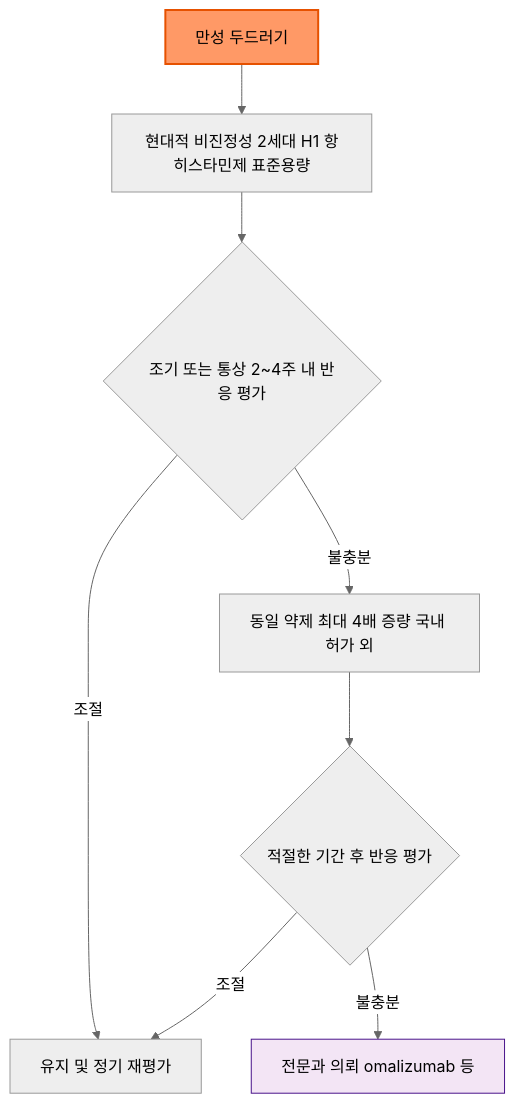
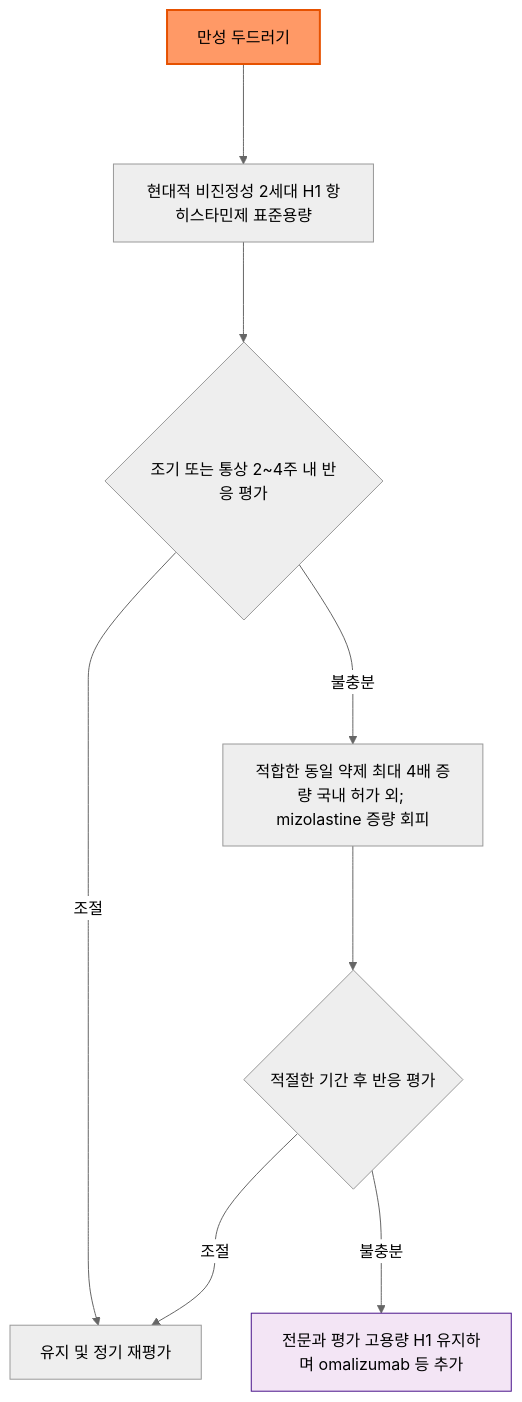
The second of 2 diagrams in 231_/212_-antihistamines.md (familyoh77/familyoh77), drawn with Mermaid (neutral theme) before and after one commit. The commit also changed other lines of this file and 12 other files, not shown here.

````diff
--- a/231_/212_-antihistamines.md
+++ b/231_/212_-antihistamines.md
@@ -69,12 +58,12 @@
 ```mermaid
 graph TD
-    U["만성 두드러기"] --> V["현대적 비진정성 2세대 H1 항히스타민제 표준용량"]
-    V --> W{"조기 또는 통상 2~4주 내 반응 평가"}
-    W -->|조절| X["유지 및 정기 재평가"]
-    W -->|불충분| Y["동일 약제 최대 4배 증량 국내 허가 외"]
-    Y --> Z{"적절한 기간 후 반응 평가"}
-    Z -->|조절| X
-    Z -->|불충분| O["전문과 의뢰 omalizumab 등"]
+    U["만성 두드러기"] ---> V["현대적 비진정성 2세대 H1 항히스타민제 표준용량"]
+    V ---> W{"조기 또는 통상 2~4주 내 반응 평가"}
+    W --->|조절| X["유지 및 정기 재평가"]
+    W --->|불충분| Y["적합한 동일 약제 최대 4배 증량 국내 허가 외; mizolastine 증량 회피"]
+    Y ---> Z{"적절한 기간 후 반응 평가"}
+    Z --->|조절| X
+    Z --->|불충분| O["전문과 평가 고용량 H1 유지하며 omalizumab 등 추가"]
     style U fill:#f96,stroke:#e65100,stroke-width:2px
     style O fill:#f3e5f5,stroke:#4a148c
 ```
````
